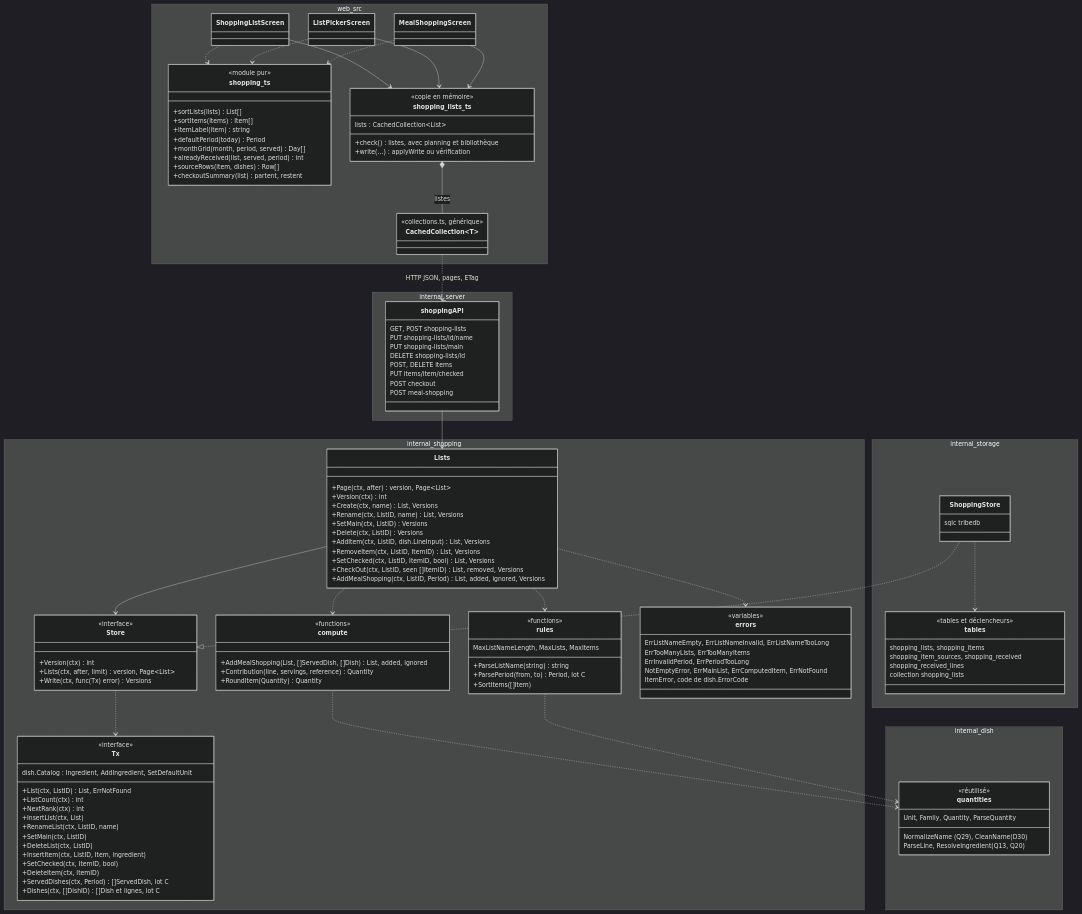
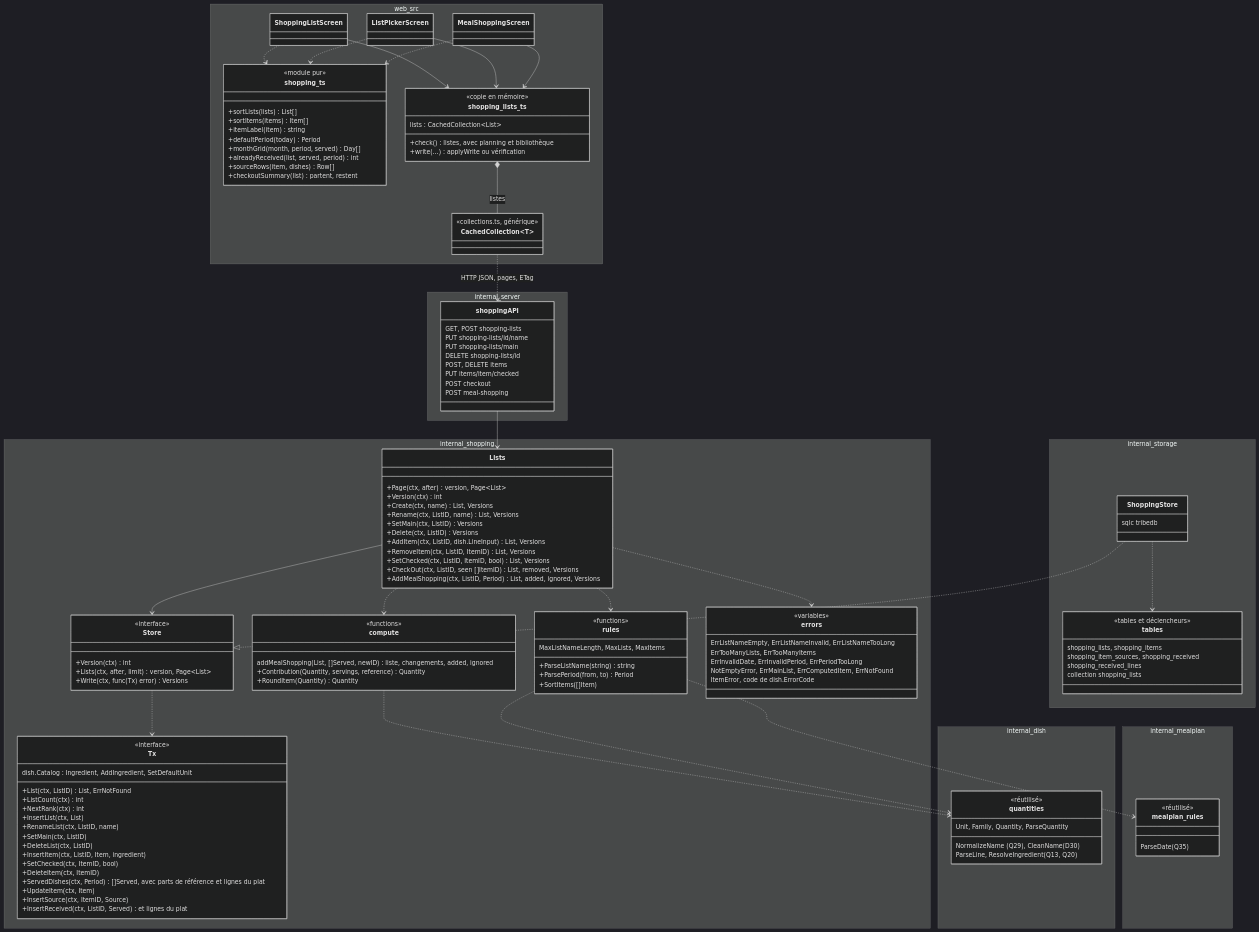
One commit to nelt/tribe-menus changed the second of 5 diagrams in docs/conception/listes-de-courses.md. Above: the diagram before and after it, drawn with Mermaid (dark theme). The commit also changed other lines of this file and 22 other files, not shown here.

```diff
--- a/docs/conception/listes-de-courses.md
+++ b/docs/conception/listes-de-courses.md
@@ -141,19 +141,21 @@
             +InsertItem(ctx, ListID, Item, ingredient)
             +SetChecked(ctx, ItemID, bool)
             +DeleteItem(ctx, ItemID)
-            +ServedDishes(ctx, Period) []ServedDish, lot C
-            +Dishes(ctx, []DishID) []Dish et lignes, lot C
+            +ServedDishes(ctx, Period) []Served, avec parts de référence et lignes du plat
+            +UpdateItem(ctx, Item)
+            +InsertSource(ctx, ItemID, Source)
+            +InsertReceived(ctx, ListID, Served) et lignes du plat
         }
         class compute {
             <<functions>>
-            +AddMealShopping(List, []ServedDish, []Dish) List, added, ignored
-            +Contribution(line, servings, reference) Quantity
+            addMealShopping(List, []Served, newID) liste, changements, added, ignored
+            +Contribution(Quantity, servings, reference) Quantity
             +RoundItem(Quantity) Quantity
         }
         class rules {
             <<functions>>
             +ParseListName(string) string
-            +ParsePeriod(from, to) Period, lot C
+            +ParsePeriod(from, to) Period
             +SortItems([]Item)
             MaxListNameLength, MaxLists, MaxItems
         }
@@ -161,7 +163,7 @@
             <<variables>>
             ErrListNameEmpty, ErrListNameInvalid, ErrListNameTooLong
             ErrTooManyLists, ErrTooManyItems
-            ErrInvalidPeriod, ErrPeriodTooLong
+            ErrInvalidDate, ErrInvalidPeriod, ErrPeriodTooLong
             NotEmptyError, ErrMainList, ErrComputedItem, ErrNotFound
             ItemError, code de dish.ErrorCode
         }
@@ -172,6 +174,12 @@
             Unit, Family, Quantity, ParseQuantity
             NormalizeName (Q29), CleanName (D30)
             ParseLine, ResolveIngredient (Q13, Q20)
+        }
+    }
+    namespace internal_mealplan {
+        class mealplan_rules {
+            <<réutilisé>>
+            ParseDate (Q35)
         }
     }
     namespace internal_storage {
@@ -232,6 +240,7 @@
     Lists ..> errors
     compute ..> quantities
     rules ..> quantities
+    rules ..> mealplan_rules
     ShoppingStore ..|> Store
     ShoppingStore ..> tables
     ShoppingListScreen --> shopping_lists_ts
```
